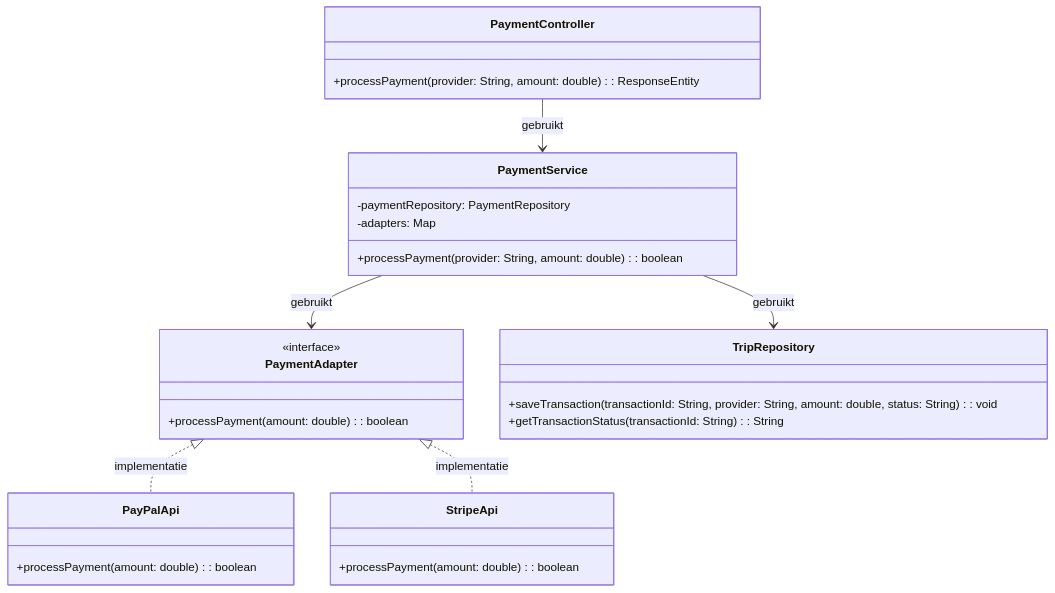
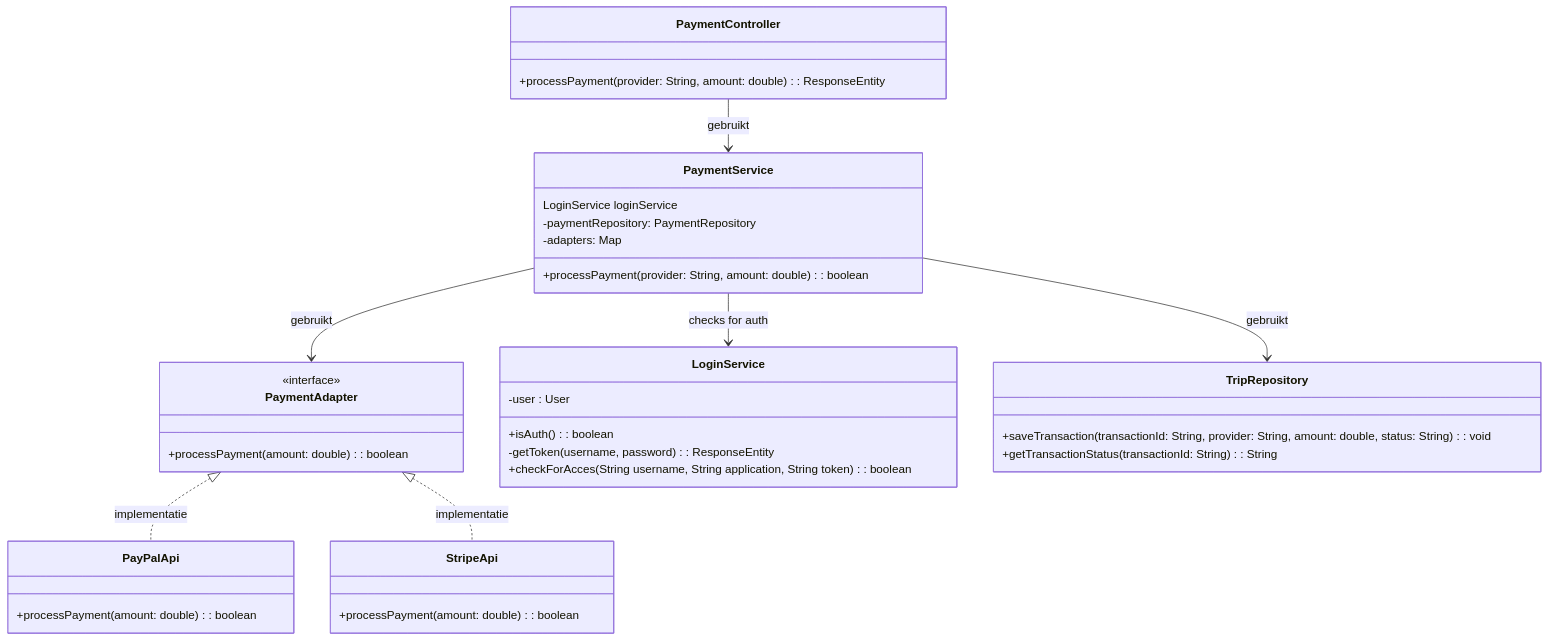
Before and after one commit to AIM-ENE-feb25/triptop-inshallahboys: the second of 3 diagrams in software-guidebook/README.md, drawn with Mermaid. The commit also changed other lines of this file, not shown here.

Commit message:
Update SGB

````diff
--- a/software-guidebook/README.md
+++ b/software-guidebook/README.md
@@ -159,39 +160,48 @@
 ```mermaid
 classDiagram
     class PaymentController {
         +processPayment(provider: String, amount: double): ResponseEntity<String>
     }
 
     class PaymentService {
+        LoginService loginService
         +processPayment(provider: String, amount: double): boolean
         -paymentRepository: PaymentRepository
         -adapters: Map<String, PaymentAdapter>
     }
 
     class PaymentAdapter {
         <<interface>>
         +processPayment(amount: double): boolean
     }
 
     class PayPalApi{
         +processPayment(amount: double): boolean
         
     }
     
     class StripeApi{
         +processPayment(amount: double): boolean
     }
 
+    class LoginService{
+    -user : User
+    +isAuth() : boolean
+    -getToken(username, password) : ResponseEntity<String>
+    +checkForAcces(String username, String application, String token) : boolean
+    }
+
     class TripRepository {
         +saveTransaction(transactionId: String, provider: String, amount: double, status: String): void
         +getTransactionStatus(transactionId: String): String
     }
 
     %% Relaties tussen de klassen
     PaymentController --> PaymentService : gebruikt
     PaymentService --> PaymentAdapter : gebruikt
     PaymentService --> TripRepository : gebruikt
     PaymentAdapter <|.. PayPalApi : implementatie
     PaymentAdapter <|.. StripeApi : implementatie
+    PaymentService --> LoginService : checks for auth
 
 ```
````
